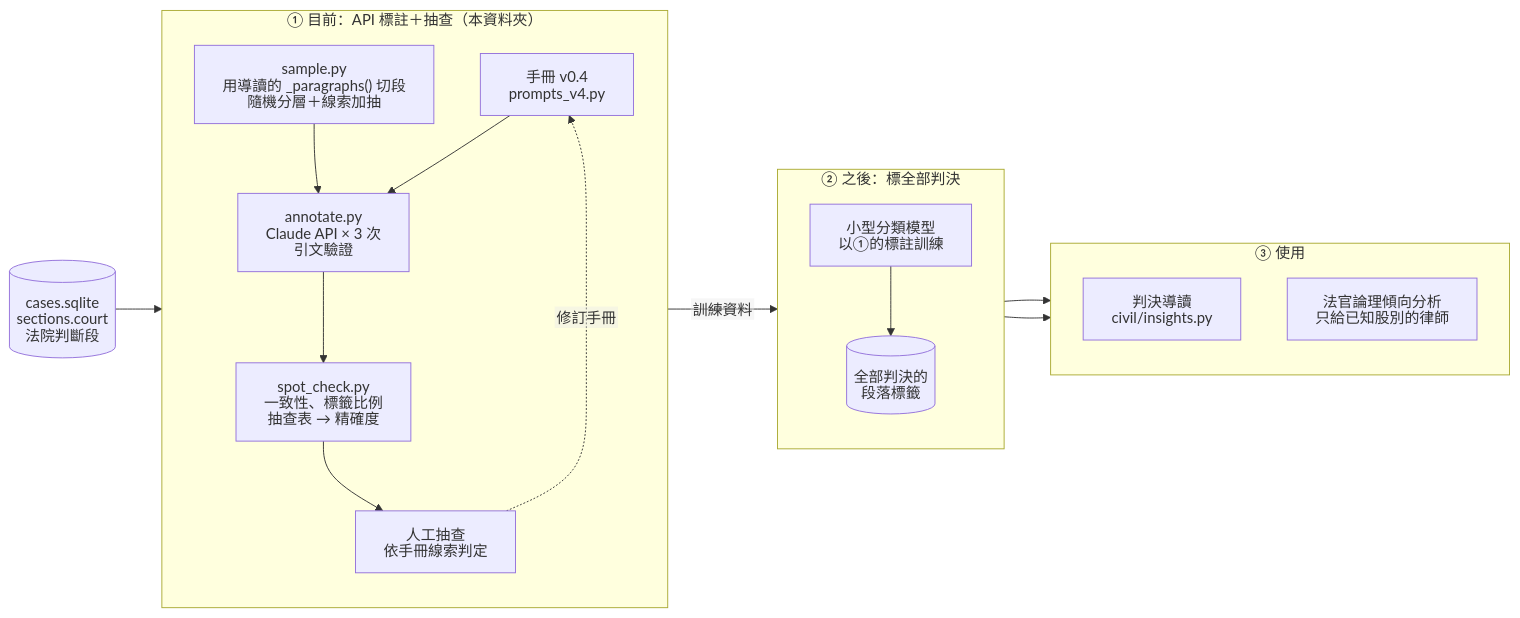
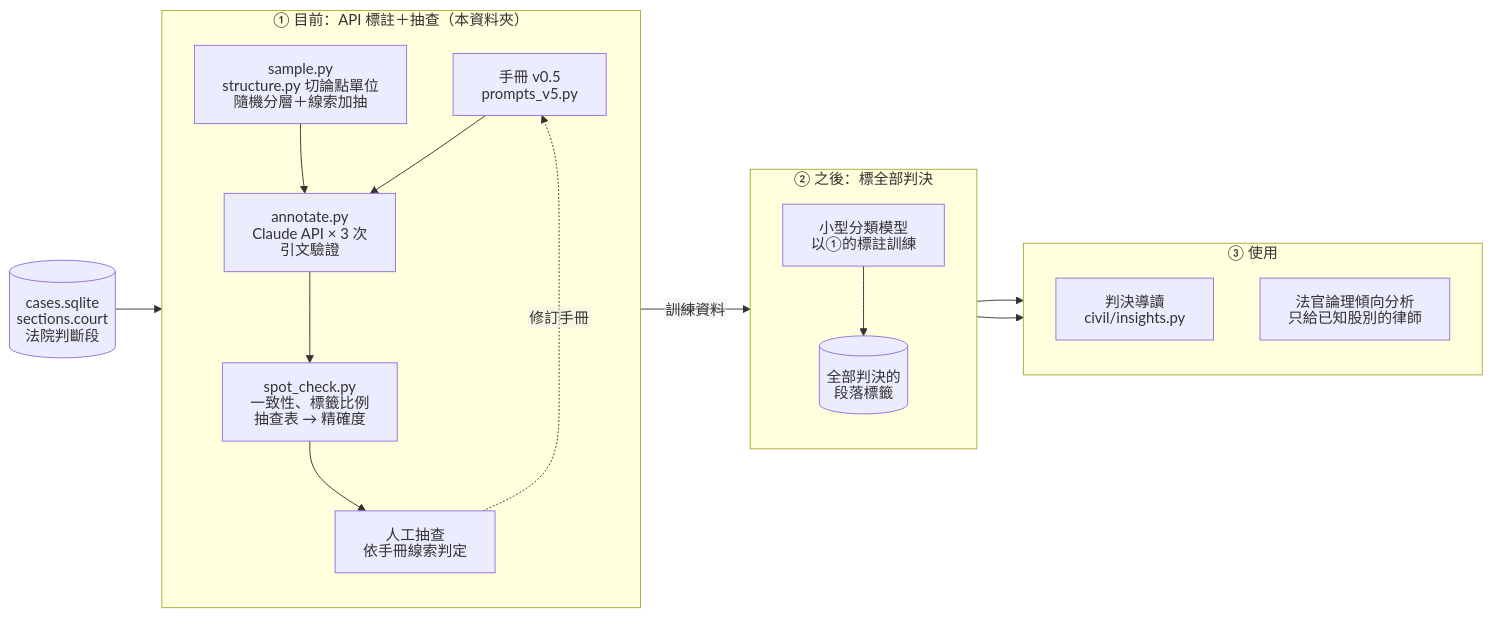
Before and after one commit to yuzuEN/JudgementDigest: the diagram in annotation/README.md, drawn with Mermaid. The commit also changed other lines of this file and 9 other files, not shown here.

````diff
--- a/annotation/README.md
+++ b/annotation/README.md
@@ -24,35 +25,35 @@
 ```mermaid
 %%{init: {"htmlLabels": false, "flowchart": {"htmlLabels": false, "wrappingWidth": 400}}}%%
 flowchart LR
     SRC[("cases.sqlite<br/>sections.court<br/>法院判斷段")]
 
     subgraph NOW["① 目前：API 標註＋抽查（本資料夾）"]
         direction TB
-        M["手冊 v0.4<br/>prompts_v4.py"]
-        S["sample.py<br/>用導讀的 _paragraphs() 切段<br/>隨機分層＋線索加抽"]
+        M["手冊 v0.5<br/>prompts_v5.py"]
+        S["sample.py<br/>structure.py 切論點單位<br/>隨機分層＋線索加抽"]
         A["annotate.py<br/>Claude API × 3 次<br/>引文驗證"]
         C["spot_check.py<br/>一致性、標籤比例<br/>抽查表 → 精確度"]
         H["人工抽查<br/>依手冊線索判定"]
         S --> A --> C --> H
         M --> A
         H -. 修訂手冊 .-> M
     end
 
     subgraph NEXT["② 之後：標全部判決"]
         direction TB
         T["小型分類模型<br/>以①的標註訓練"]
         ALL[("全部判決的<br/>段落標籤")]
         T --> ALL
     end
 
     subgraph USE["③ 使用"]
         direction TB
         G["判決導讀<br/>civil/insights.py"]
         J["法官論理傾向分析<br/>只給已知股別的律師"]
     end
 
     SRC --> S
     C -- 訓練資料 --> T
     ALL --> G
     ALL --> J
 ```
````
